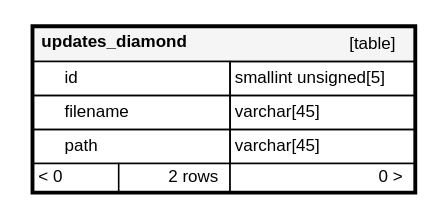
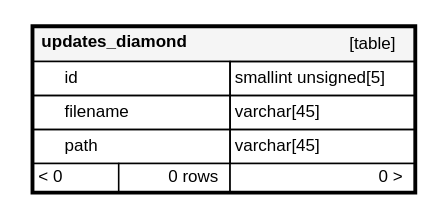
Before and after one commit to FAForever/db: the diagram in diagrams/orphans/updates_diamond.1degree.dot, drawn with Graphviz. The commit also changed 513 other files, not shown here.

```diff
--- a/diagrams/orphans/updates_diamond.1degree.dot
+++ b/diagrams/orphans/updates_diamond.1degree.dot
@@ -1,32 +1,32 @@
 digraph "updates_diamond" {
   graph [
     rankdir="RL"
     bgcolor="#ffffff"
     nodesep="0.18"
     ranksep="0.46"
     fontname="Helvetica"
     fontsize="11"
     ration="compress"
   ];
   node [
     fontname="Helvetica"
     fontsize="11"
     shape="plaintext"
   ];
   edge [
     arrowsize="0.8"
   ];
   "updates_diamond" [
    label=<
     <TABLE BORDER="2" CELLBORDER="1" CELLSPACING="0" BGCOLOR="#ffffff">
       <TR><TD COLSPAN="4"  BGCOLOR="#f5f5f5"><TABLE BORDER="0" CELLSPACING="0"><TR><TD ALIGN="LEFT"><B>updates_diamond</B></TD><TD ALIGN="RIGHT">[table]</TD></TR></TABLE></TD></TR>
       <TR><TD PORT="id" COLSPAN="2" BGCOLOR="#ffffff" ALIGN="LEFT"><TABLE BORDER="0" CELLSPACING="0" ALIGN="LEFT"><TR ALIGN="LEFT"><TD ALIGN="LEFT" FIXEDSIZE="TRUE" WIDTH="15" HEIGHT="16"></TD><TD ALIGN="LEFT" FIXEDSIZE="TRUE" WIDTH="106" HEIGHT="16">id</TD></TR></TABLE></TD><TD PORT="id.type" ALIGN="LEFT">smallint unsigned[5]</TD></TR>
       <TR><TD PORT="filename" COLSPAN="2" ALIGN="LEFT"><TABLE BORDER="0" CELLSPACING="0" ALIGN="LEFT"><TR ALIGN="LEFT"><TD ALIGN="LEFT" FIXEDSIZE="TRUE" WIDTH="15" HEIGHT="16"></TD><TD ALIGN="LEFT" FIXEDSIZE="TRUE" WIDTH="106" HEIGHT="16">filename</TD></TR></TABLE></TD><TD PORT="filename.type" ALIGN="LEFT">varchar[45]</TD></TR>
       <TR><TD PORT="path" COLSPAN="2" ALIGN="LEFT"><TABLE BORDER="0" CELLSPACING="0" ALIGN="LEFT"><TR ALIGN="LEFT"><TD ALIGN="LEFT" FIXEDSIZE="TRUE" WIDTH="15" HEIGHT="16"></TD><TD ALIGN="LEFT" FIXEDSIZE="TRUE" WIDTH="106" HEIGHT="16">path</TD></TR></TABLE></TD><TD PORT="path.type" ALIGN="LEFT">varchar[45]</TD></TR>
-      <TR><TD ALIGN="LEFT" BGCOLOR="#ffffff">&lt; 0</TD><TD ALIGN="RIGHT" BGCOLOR="#ffffff">2 rows</TD><TD ALIGN="RIGHT" BGCOLOR="#ffffff">0 &gt;</TD></TR>
+      <TR><TD ALIGN="LEFT" BGCOLOR="#ffffff">&lt; 0</TD><TD ALIGN="RIGHT" BGCOLOR="#ffffff">0 rows</TD><TD ALIGN="RIGHT" BGCOLOR="#ffffff">0 &gt;</TD></TR>
     </TABLE>>
     URL="tables/updates_diamond.html"
     target="_top"
     tooltip="updates_diamond"
   ];
 }
```
